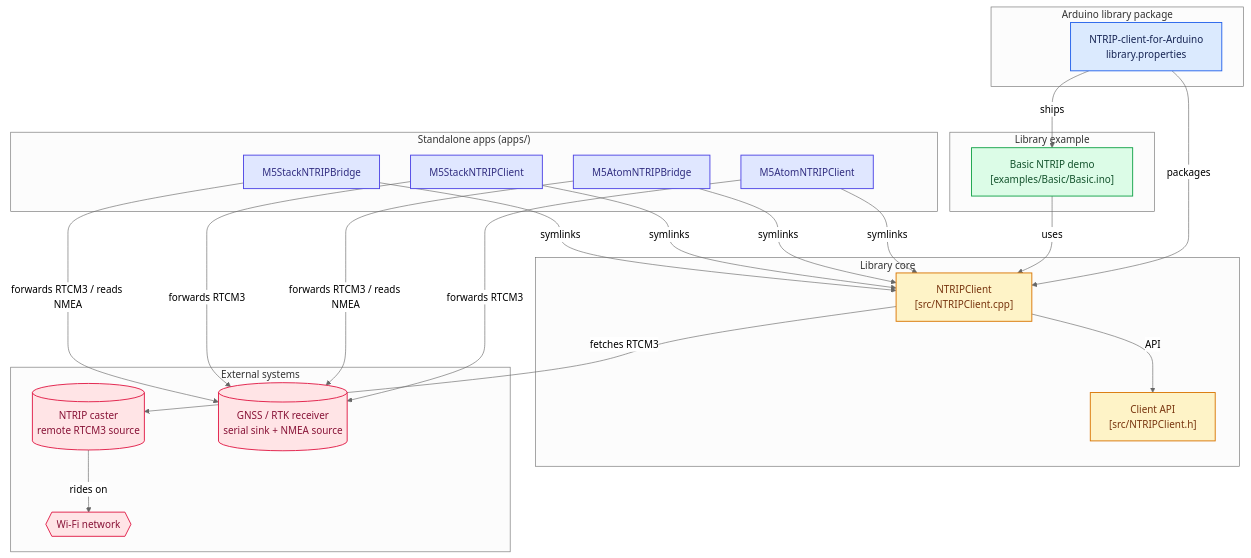
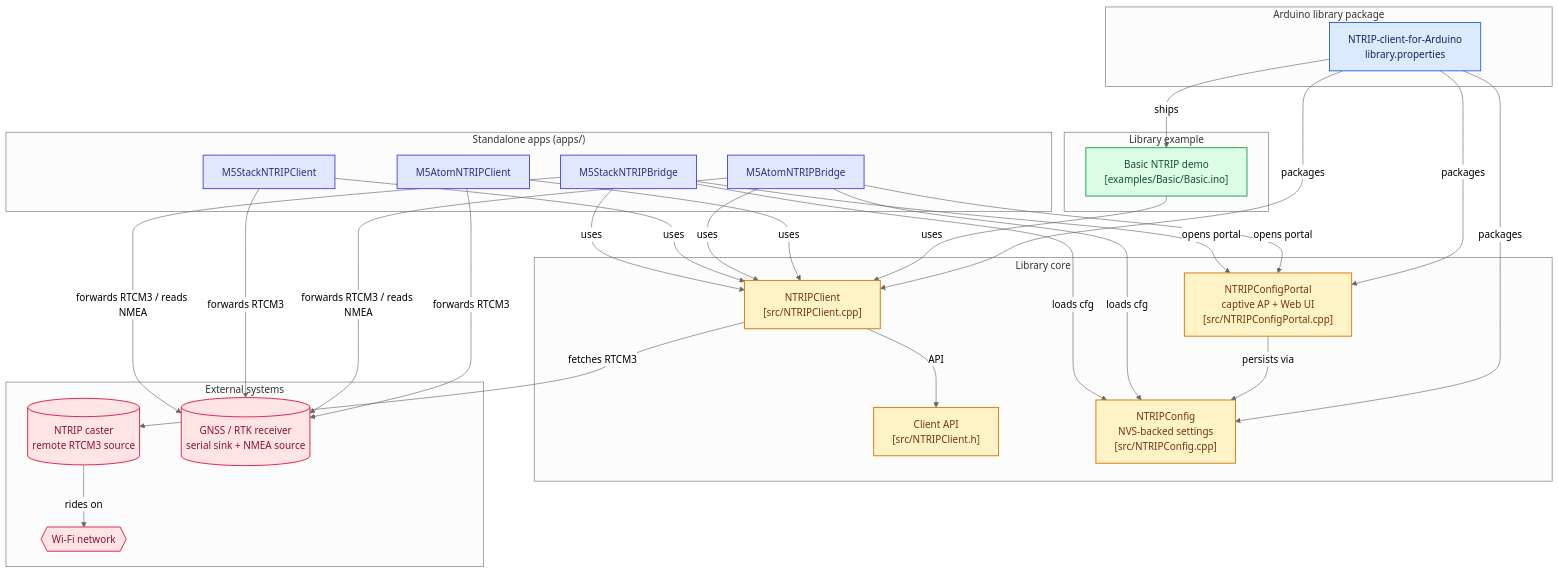
One commit to yasunorioi/NTRIP-client-for-Arduino changed the diagram in README.md. Above: the diagram before and after it, drawn with Mermaid (neutral theme). The commit also changed other lines of this file and 9 other files, not shown here.

First line of the commit message:
feat: runtime NTRIP config via captive-portal Web UI (Bridge apps)

````diff
--- a/README.md
+++ b/README.md
@@ -9,63 +9,72 @@
 ```mermaid
 flowchart TD
 
 subgraph group_package["Arduino library package"]
   node_repo["NTRIP-client-for-Arduino<br/>library.properties"]
 end
 
 subgraph group_core["Library core"]
   node_src_ntrip["NTRIPClient<br/>[src/NTRIPClient.cpp]"]
   node_src_ntrip_h["Client API<br/>[src/NTRIPClient.h]"]
+  node_src_cfg["NTRIPConfig<br/>NVS-backed settings<br/>[src/NTRIPConfig.cpp]"]
+  node_src_portal["NTRIPConfigPortal<br/>captive AP + Web UI<br/>[src/NTRIPConfigPortal.cpp]"]
 end
 
 subgraph group_example["Library example"]
   node_basic["Basic NTRIP demo<br/>[examples/Basic/Basic.ino]"]
 end
 
 subgraph group_apps["Standalone apps (apps/)"]
   node_app_atom_client["M5AtomNTRIPClient"]
   node_app_atom_bridge["M5AtomNTRIPBridge"]
   node_app_stack_client["M5StackNTRIPClient"]
   node_app_stack_bridge["M5StackNTRIPBridge"]
 end
 
 subgraph group_external["External systems"]
   node_caster[("NTRIP caster<br/>remote RTCM3 source")]
   node_wifi{{"Wi-Fi network"}}
   node_gnss[("GNSS / RTK receiver<br/>serial sink + NMEA source")]
 end
 
 node_repo -->|"packages"| node_src_ntrip
+node_repo -->|"packages"| node_src_cfg
+node_repo -->|"packages"| node_src_portal
 node_repo -->|"ships"| node_basic
 node_src_ntrip -->|"API"| node_src_ntrip_h
+node_src_portal -->|"persists via"| node_src_cfg
 node_basic -->|"uses"| node_src_ntrip
-node_app_atom_client -->|"symlinks"| node_src_ntrip
-node_app_atom_bridge -->|"symlinks"| node_src_ntrip
-node_app_stack_client -->|"symlinks"| node_src_ntrip
-node_app_stack_bridge -->|"symlinks"| node_src_ntrip
+node_app_atom_client -->|"uses"| node_src_ntrip
+node_app_atom_bridge -->|"uses"| node_src_ntrip
+node_app_atom_bridge -->|"loads cfg"| node_src_cfg
+node_app_atom_bridge -->|"opens portal"| node_src_portal
+node_app_stack_client -->|"uses"| node_src_ntrip
+node_app_stack_bridge -->|"uses"| node_src_ntrip
+node_app_stack_bridge -->|"loads cfg"| node_src_cfg
+node_app_stack_bridge -->|"opens portal"| node_src_portal
 node_src_ntrip -->|"fetches RTCM3"| node_caster
 node_caster -->|"rides on"| node_wifi
 node_app_atom_client -->|"forwards RTCM3"| node_gnss
 node_app_atom_bridge -->|"forwards RTCM3 / reads NMEA"| node_gnss
 node_app_stack_client -->|"forwards RTCM3"| node_gnss
 node_app_stack_bridge -->|"forwards RTCM3 / reads NMEA"| node_gnss
 
 click node_src_ntrip "https://github.com/yasunorioi/NTRIP-client-for-Arduino/blob/master/src/NTRIPClient.cpp"
 click node_src_ntrip_h "https://github.com/yasunorioi/NTRIP-client-for-Arduino/blob/master/src/NTRIPClient.h"
 click node_basic "https://github.com/yasunorioi/NTRIP-client-for-Arduino/blob/master/examples/Basic/Basic.ino"
 click node_app_atom_client "https://github.com/yasunorioi/NTRIP-client-for-Arduino/tree/master/apps/M5AtomNTRIPClient"
 click node_app_atom_bridge "https://github.com/yasunorioi/NTRIP-client-for-Arduino/tree/master/apps/M5AtomNTRIPBridge"
 click node_app_stack_client "https://github.com/yasunorioi/NTRIP-client-for-Arduino/tree/master/apps/M5StackNTRIPClient"
 click node_app_stack_bridge "https://github.com/yasunorioi/NTRIP-client-for-Arduino/tree/master/apps/M5StackNTRIPBridge"
 
 classDef toneBlue fill:#dbeafe,stroke:#2563eb,stroke-width:1.5px,color:#172554
 classDef toneAmber fill:#fef3c7,stroke:#d97706,stroke-width:1.5px,color:#78350f
 classDef toneMint fill:#dcfce7,stroke:#16a34a,stroke-width:1.5px,color:#14532d
 classDef toneIndigo fill:#e0e7ff,stroke:#4f46e5,stroke-width:1.5px,color:#312e81
 classDef toneRose fill:#ffe4e6,stroke:#e11d48,stroke-width:1.5px,color:#881337
 class node_repo toneBlue
-class node_src_ntrip,node_src_ntrip_h toneAmber
+class node_src_ntrip,node_src_ntrip_h,node_src_cfg,node_src_portal toneAmber
 class node_basic toneMint
 class node_app_atom_client,node_app_atom_bridge,node_app_stack_client,node_app_stack_bridge toneIndigo
 class node_caster,node_wifi,node_gnss toneRose
 ```
````
